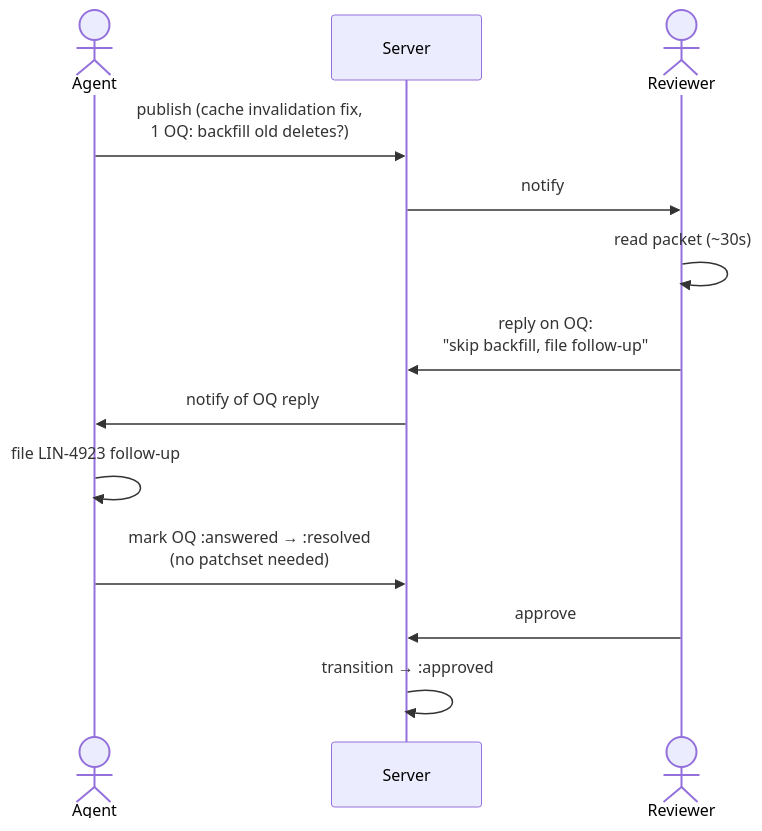
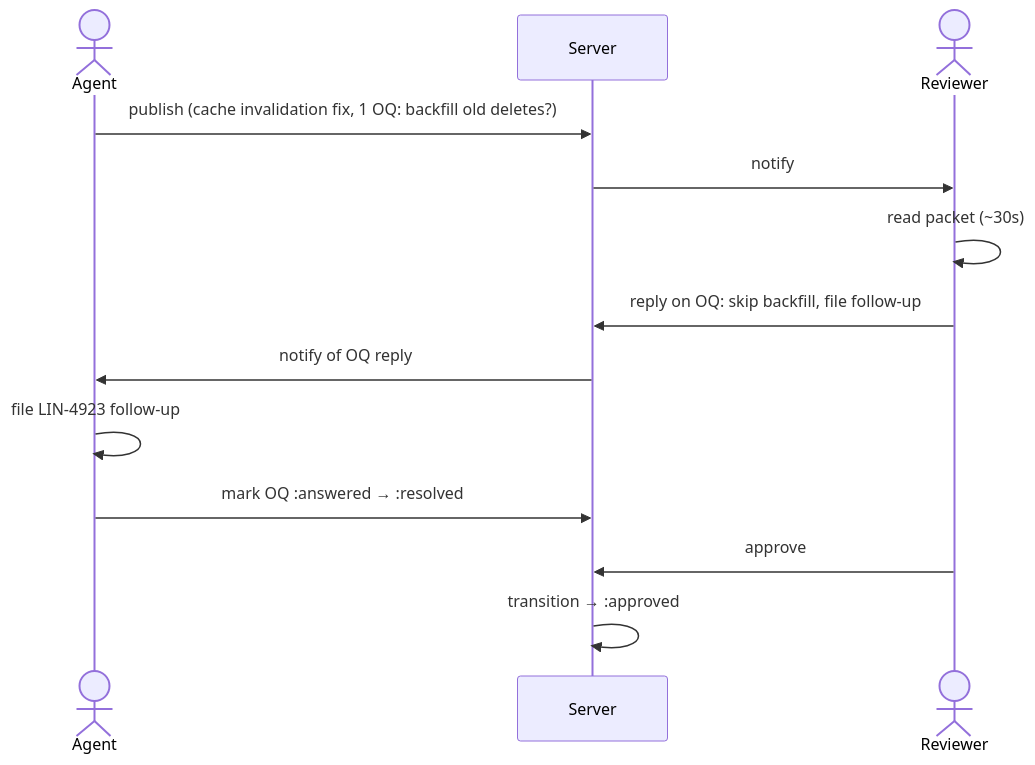
The fourth of 7 diagrams in .plans/review-packet-prd.md (figitaki/reviews), drawn with Mermaid before and after one commit. The commit also changed other lines of this file and 1 other file, not shown here.

Commit message:
fix: resolve mermaid rendering errors in PRD and spec

````diff
--- a/.plans/review-packet-prd.md
+++ b/.plans/review-packet-prd.md
@@ -111,16 +111,16 @@
 ```mermaid
 sequenceDiagram
     actor Author as Agent
     participant Server
     actor Reviewer
 
-    Author->>Server: publish (cache invalidation fix,<br/>1 OQ: backfill old deletes?)
+    Author->>Server: publish (cache invalidation fix, 1 OQ: backfill old deletes?)
     Server->>Reviewer: notify
     Reviewer->>Reviewer: read packet (~30s)
-    Reviewer->>Server: reply on OQ:<br/>"skip backfill, file follow-up"
+    Reviewer->>Server: reply on OQ: skip backfill, file follow-up
     Server->>Author: notify of OQ reply
     Author->>Author: file LIN-4923 follow-up
-    Author->>Server: mark OQ :answered → :resolved<br/>(no patchset needed)
+    Author->>Server: mark OQ :answered → :resolved
     Reviewer->>Server: approve
     Server->>Server: transition → :approved
 ```
````
